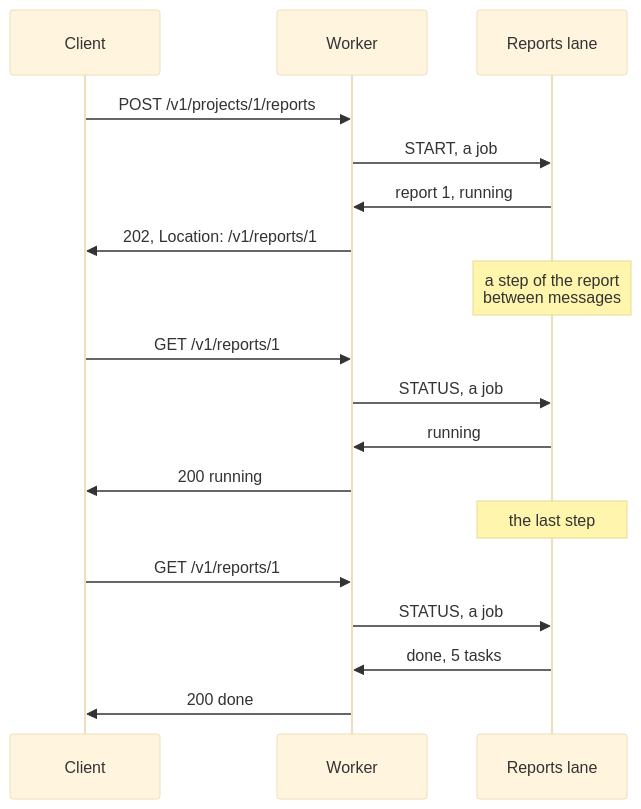
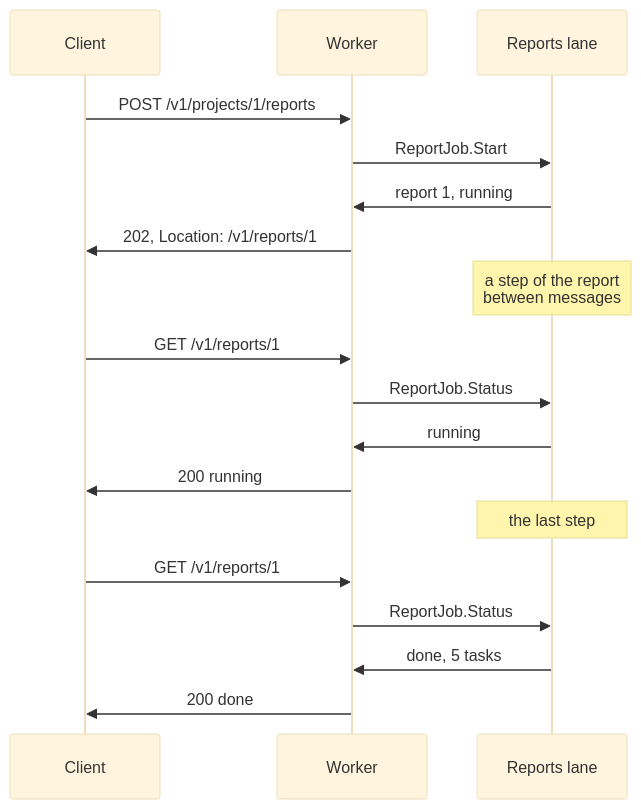
One commit to kaitk/goose-rest changed the diagram in docs/tutorial/13-limits.md. Above: the diagram before and after it, drawn with Mermaid (base theme). The commit also changed other lines of this file and 86 other files, not shown here.

````diff
--- a/docs/tutorial/13-limits.md
+++ b/docs/tutorial/13-limits.md
@@ -114,20 +116,20 @@
 ```mermaid
 sequenceDiagram
     participant C as Client
     participant W as Worker
     participant R as Reports lane
     C->>W: POST /v1/projects/1/reports
-    W->>R: START, a job
+    W->>R: ReportJob.Start
     R->>W: report 1, running
     W->>C: 202, Location: /v1/reports/1
     Note over R: a step of the report<br/>between messages
     C->>W: GET /v1/reports/1
-    W->>R: STATUS, a job
+    W->>R: ReportJob.Status
     R->>W: running
     W->>C: 200 running
     Note over R: the last step
     C->>W: GET /v1/reports/1
-    W->>R: STATUS, a job
+    W->>R: ReportJob.Status
     R->>W: done, 5 tasks
     W->>C: 200 done
 ```
````
